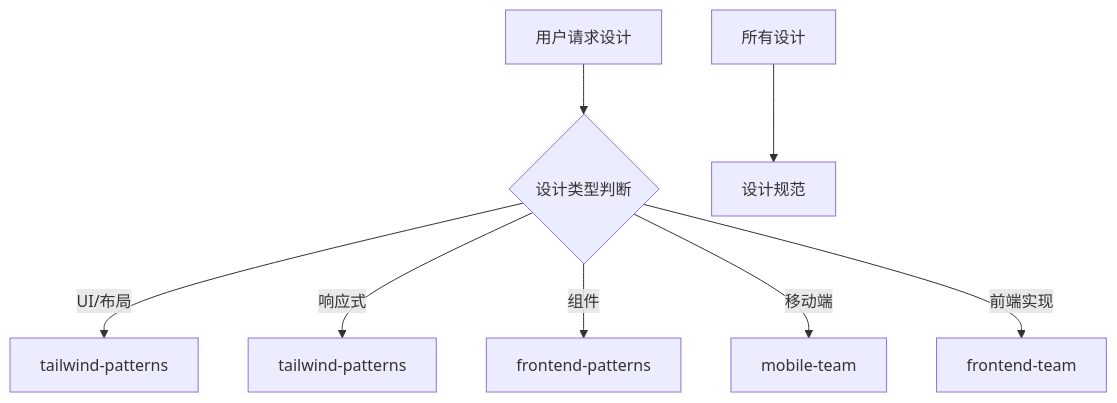
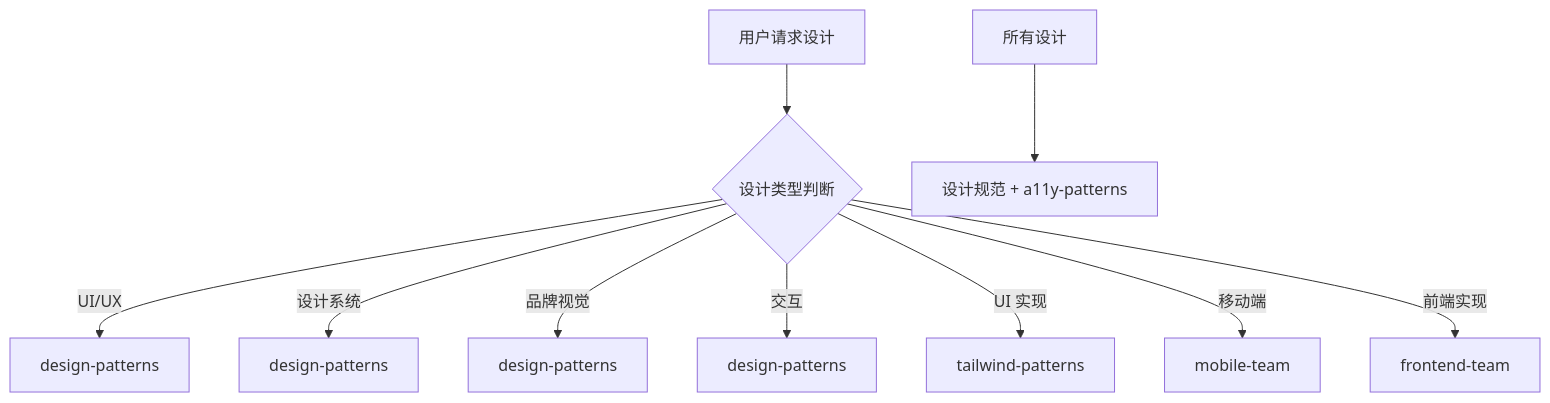
One commit to Tooooommy/Trae-Workflow changed the diagram in agents/design-team.md. Above: the diagram before and after it, drawn with Mermaid. The commit also changed other lines of this file and 2 other files, not shown here.

Commit message:
feat: 添加design-patterns技能，支持UI/UX设计

````diff
--- a/agents/design-team.md
+++ b/agents/design-team.md
@@ -34,11 +38,13 @@
 ```mermaid
 flowchart TD
     A[用户请求设计] --> B{设计类型判断}
-    B -->|UI/布局| C[tailwind-patterns]
-    B -->|响应式| D[tailwind-patterns]
-    B -->|组件| E[frontend-patterns]
-    B -->|移动端| F[mobile-team]
-    B -->|前端实现| G[frontend-team]
-    
-    所有设计 --> H[设计规范]
+    B -->|UI/UX| C[design-patterns]
+    B -->|设计系统| D[design-patterns]
+    B -->|品牌视觉| E[design-patterns]
+    B -->|交互| F[design-patterns]
+    B -->|UI 实现| G[tailwind-patterns]
+    B -->|移动端| H[mobile-team]
+    B -->|前端实现| I[frontend-team]
+
+    所有设计 --> J[设计规范 + a11y-patterns]
 ```
````
